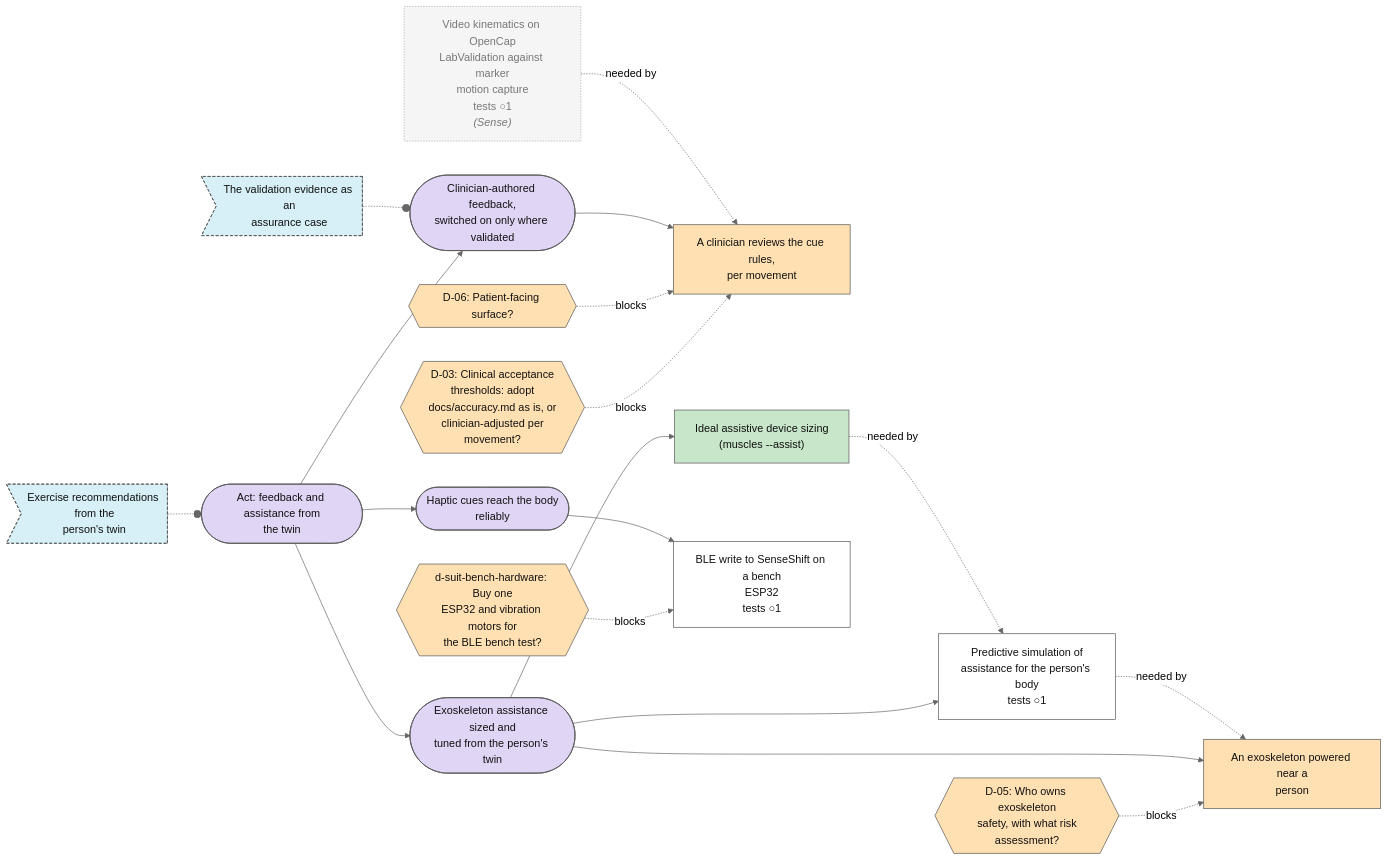
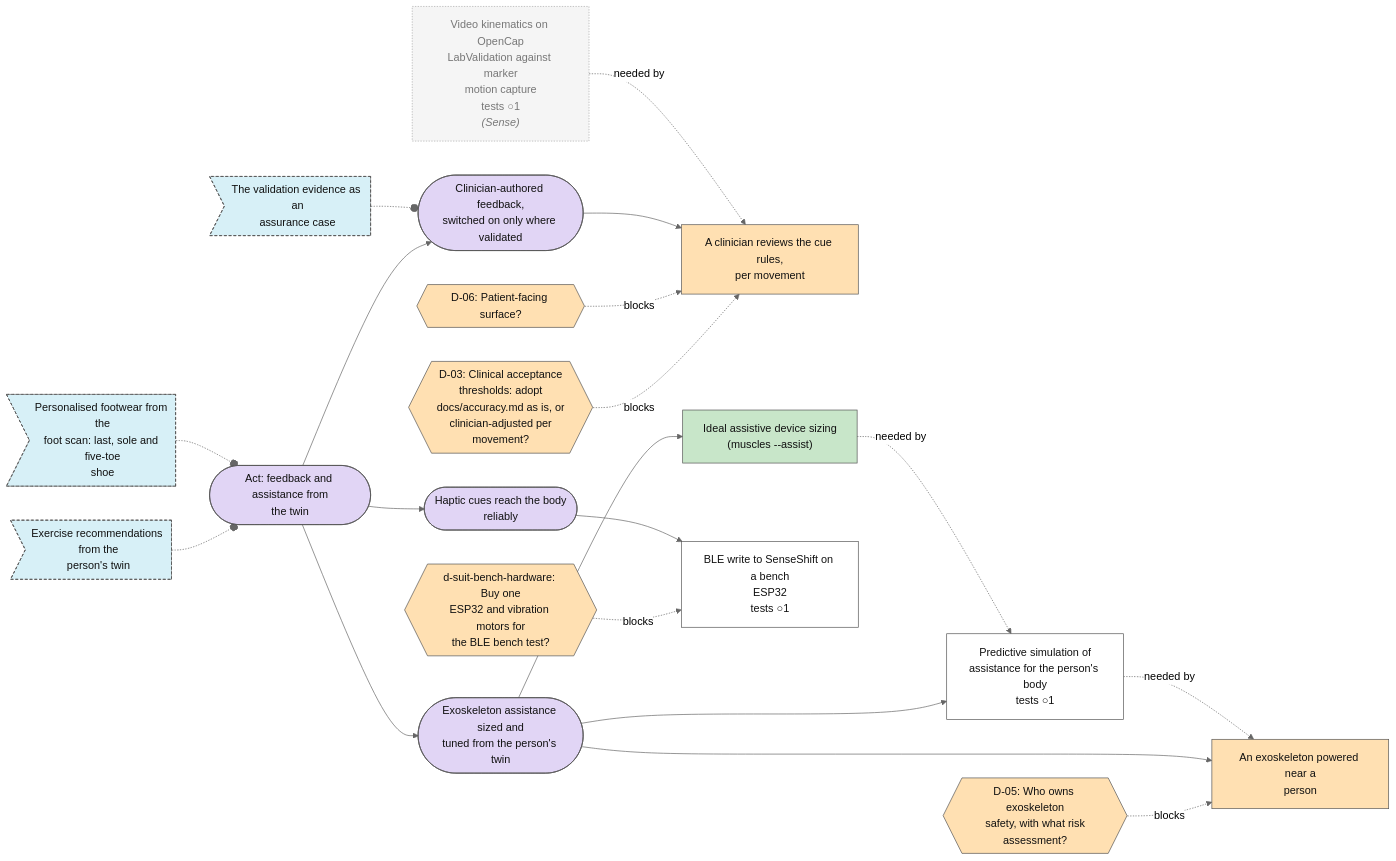
The sixth of 7 diagrams in plan/MAP.md (Sigurius23/Rehab-agent), drawn with Mermaid (neutral theme) before and after one commit. The commit also changed other lines of this file and 30 other files, not shown here.

````diff
--- a/plan/MAP.md
+++ b/plan/MAP.md
@@ -330,55 +358,57 @@
 ```mermaid
 flowchart LR
   n0{{"D-03: Clinical acceptance<br/>thresholds: adopt<br/>docs/accuracy.md as is, or<br/>clinician-adjusted per<br/>movement?"}}:::decision_open
   n1{{"D-05: Who owns exoskeleton<br/>safety, with what risk<br/>assessment?"}}:::decision_open
   n2{{"D-06: Patient-facing surface?"}}:::decision_open
   n3["A clinician reviews the cue rules,<br/>per movement"]:::step_blocked
   n4{{"d-suit-bench-hardware: Buy one<br/>ESP32 and vibration motors for<br/>the BLE bench test?"}}:::decision_open
   n5["Predictive simulation of<br/>assistance for the person's body<br/>tests ○1"]:::step_open
   n6["An exoskeleton powered near a<br/>person"]:::step_blocked
   n7["Ideal assistive device sizing<br/>(muscles --assist)"]:::step_done
   n8(["Clinician-authored feedback,<br/>switched on only where validated"]):::goal_open
   n9(["Exoskeleton assistance sized and<br/>tuned from the person's twin"]):::goal_open
   n10(["Haptic cues reach the body<br/>reliably"]):::goal_open
   n11>"The validation evidence as an<br/>assurance case"]:::idea_new
   n12>"Exercise recommendations from the<br/>person's twin"]:::idea_new
-  n13(["Act: feedback and assistance from<br/>the twin"]):::goal_open
-  n14["BLE write to SenseShift on a bench<br/>ESP32<br/>tests ○1"]:::step_open
-  n15["Video kinematics on OpenCap<br/>LabValidation against marker<br/>motion capture<br/>tests ○1<br/><i>(Sense)</i>"]:::external
+  n13>"Personalised footwear from the<br/>foot scan: last, sole and five-toe<br/>shoe"]:::idea_new
+  n14(["Act: feedback and assistance from<br/>the twin"]):::goal_open
+  n15["BLE write to SenseShift on a bench<br/>ESP32<br/>tests ○1"]:::step_open
+  n16["Video kinematics on OpenCap<br/>LabValidation against marker<br/>motion capture<br/>tests ○1<br/><i>(Sense)</i>"]:::external
   n0 -. blocks .-> n3
   n1 -. blocks .-> n6
   n2 -. blocks .-> n3
   n8 --> n3
-  n15 -. needed by .-> n3
-  n4 -. blocks .-> n14
+  n16 -. needed by .-> n3
+  n4 -. blocks .-> n15
   n9 --> n5
   n7 -. needed by .-> n5
   n9 --> n6
   n5 -. needed by .-> n6
   n9 --> n7
-  n13 --> n8
-  n13 --> n9
-  n13 --> n10
+  n14 --> n8
+  n14 --> n9
+  n14 --> n10
   n11 -.-o n8
-  n12 -.-o n13
-  n10 --> n14
+  n12 -.-o n14
+  n13 -.-o n14
+  n10 --> n15
   classDef goal_open fill:#e1d5f5,stroke:#555,color:#111
   classDef goal_done fill:#c8e6c9,stroke:#555,color:#111
   classDef step_open fill:#ffffff,stroke:#555,color:#111
   classDef step_doing fill:#fff3c4,stroke:#555,color:#111
   classDef step_done fill:#c8e6c9,stroke:#555,color:#111
   classDef step_blocked fill:#ffe0b2,stroke:#555,color:#111
   classDef step_dropped fill:#eeeeee,stroke:#555,color:#111
   classDef test_planned fill:#ffffff,stroke:#555,color:#111
   classDef test_running fill:#fff3c4,stroke:#555,color:#111
   classDef test_passed fill:#c8e6c9,stroke:#555,color:#111
   classDef test_failed fill:#ffcdd2,stroke:#555,color:#111
   classDef test_mixed fill:#fff3c4,stroke:#555,color:#111
   classDef test_dropped fill:#eeeeee,stroke:#555,color:#111
   classDef idea_new fill:#d7f0f7,stroke:#555,color:#111,stroke-dasharray: 4 3
   classDef idea_promoted fill:#eeeeee,stroke:#555,color:#111,stroke-dasharray: 4 3
   classDef idea_dropped fill:#eeeeee,stroke:#555,color:#111,stroke-dasharray: 4 3
   classDef decision_open fill:#ffe0b2,stroke:#555,color:#111
   classDef decision_decided fill:#ffe0b2,stroke:#555,color:#111
   classDef external fill:#f5f5f5,stroke:#aaa,color:#777,stroke-dasharray: 2 2
 ```
````
